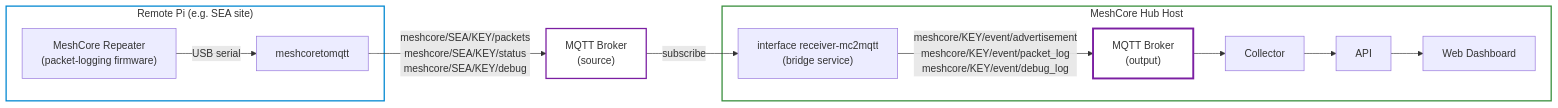
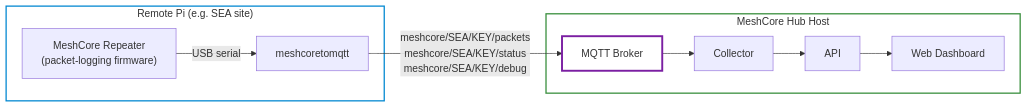
One commit to dabeani/meshcore-hub changed the third of 3 diagrams in README.md. Above: the diagram before and after it, drawn with Mermaid. The commit also changed other lines of this file and 14 other files, not shown here.

````diff
--- a/README.md
+++ b/README.md
@@ -224,29 +223,23 @@
 ```mermaid
 flowchart LR
     subgraph Remote["Remote Pi (e.g. SEA site)"]
         RPT["MeshCore Repeater\n(packet-logging firmware)"]
         MC2MQTT["meshcoretomqtt"]
         RPT -->|USB serial| MC2MQTT
     end
 
-    SRCMQTT["MQTT Broker\n(source)"]
-    MC2MQTT -->|meshcore/SEA/KEY/packets\nmeshcore/SEA/KEY/status\nmeshcore/SEA/KEY/debug| SRCMQTT
+    MQTT["MQTT Broker"]
+    MC2MQTT -->|meshcore/SEA/KEY/packets\nmeshcore/SEA/KEY/status\nmeshcore/SEA/KEY/debug| MQTT
 
     subgraph Hub["MeshCore Hub Host"]
-        BRIDGE["interface receiver-mc2mqtt\n(bridge service)"]
-        MQTT["MQTT Broker\n(output)"]
         Collector
         API
         Web["Web Dashboard"]
 
-        BRIDGE -->|meshcore/KEY/event/advertisement\nmeshcore/KEY/event/packet_log\nmeshcore/KEY/event/debug_log| MQTT
         MQTT --> Collector --> API --> Web
     end
 
-    SRCMQTT -->|subscribe| BRIDGE
-
     style Remote fill:none,stroke:#0288d1,stroke-width:2px
     style Hub fill:none,stroke:#388e3c,stroke-width:2px
-    style SRCMQTT fill:none,stroke:#7b1fa2,stroke-width:2px
     style MQTT fill:none,stroke:#7b1fa2,stroke-width:3px
 ```
````
